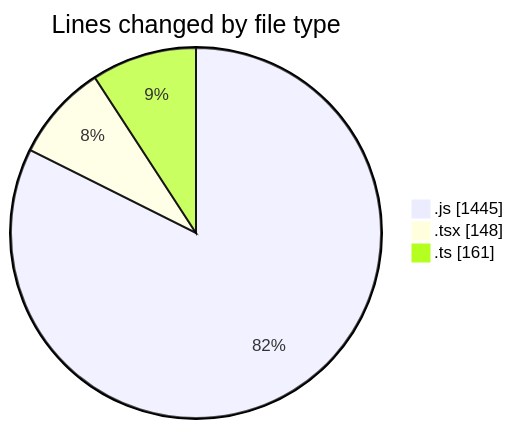
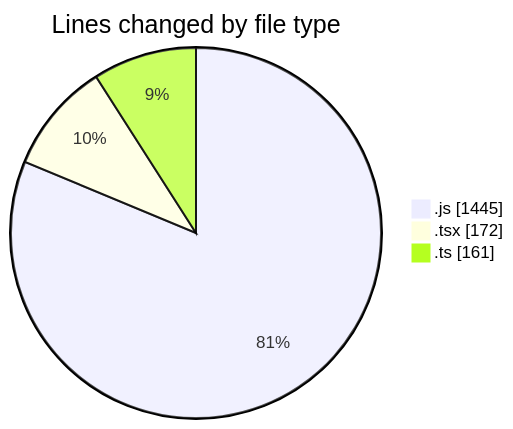
Before and after one commit to momahboobian/code-tracking: the first of 2 diagrams in 2025-03-13/cda/README.md, drawn with Mermaid. The commit also changed other lines of this file and 1 other file, not shown here.

````diff
--- a/2025-03-13/cda/README.md
+++ b/2025-03-13/cda/README.md
@@ -28,7 +28,7 @@
 ```mermaid
 pie showData
 title Lines changed by file type
 ".js" : 1445
-".tsx" : 148
+".tsx" : 172
 ".ts" : 161
 ```
````
